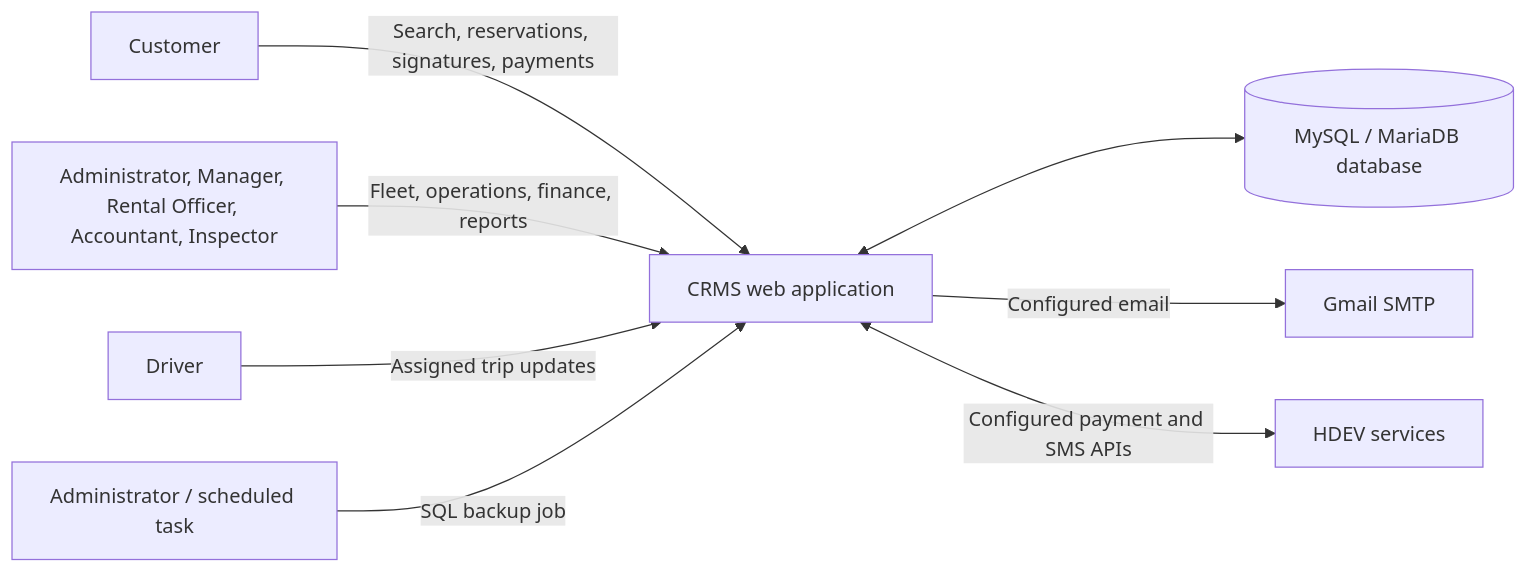
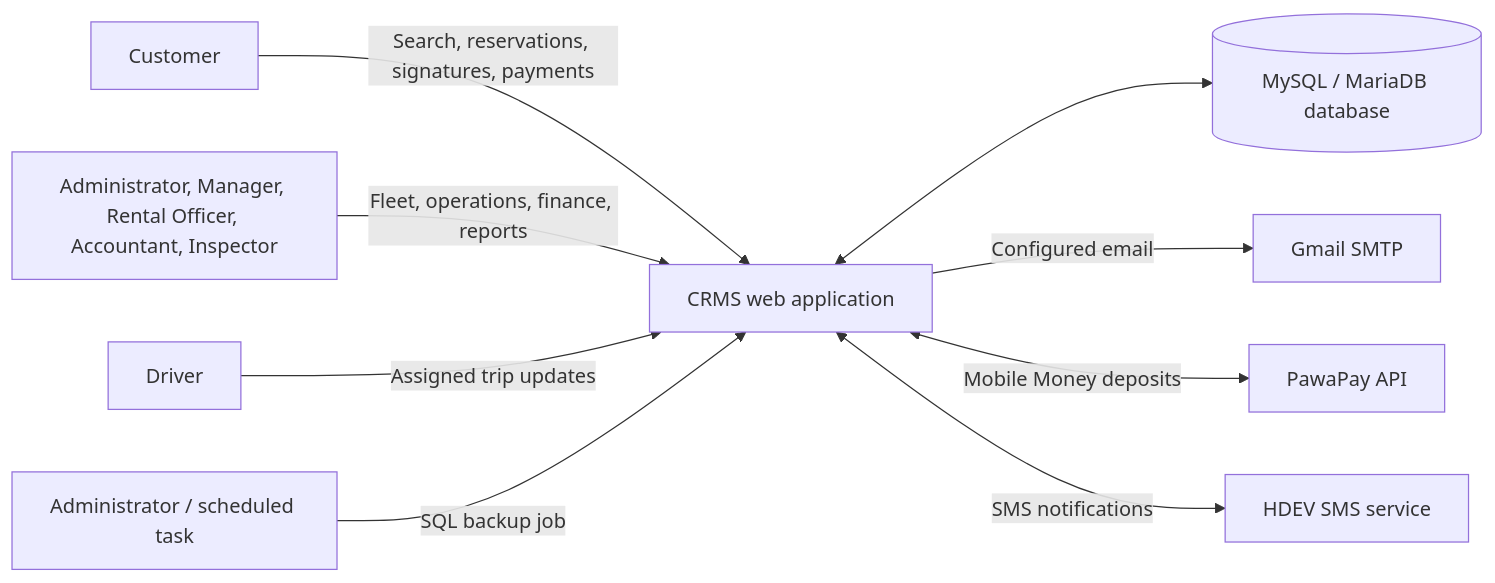
The first of 3 diagrams in docs/srs-compliance.md (cracker38/Car-Rental-Management-System), drawn with Mermaid before and after one commit. The commit also changed other lines of this file and 17 other files, not shown here.

````diff
--- a/docs/srs-compliance.md
+++ b/docs/srs-compliance.md
@@ -68,10 +68,11 @@
 ```mermaid
 flowchart LR
     Customer[Customer] -->|Search, reservations, signatures, payments| CRMS[CRMS web application]
     Staff[Administrator, Manager, Rental Officer, Accountant, Inspector] -->|Fleet, operations, finance, reports| CRMS
     Driver[Driver] -->|Assigned trip updates| CRMS
     CRMS <--> DB[(MySQL / MariaDB database)]
     CRMS -->|Configured email| SMTP[Gmail SMTP]
-    CRMS <--> |Configured payment and SMS APIs| HDEV[HDEV services]
+    CRMS <--> |Mobile Money deposits| PawaPay[PawaPay API]
+    CRMS <--> |SMS notifications| HDEV[HDEV SMS service]
     Admin[Administrator / scheduled task] -->|SQL backup job| CRMS
 ```
````
